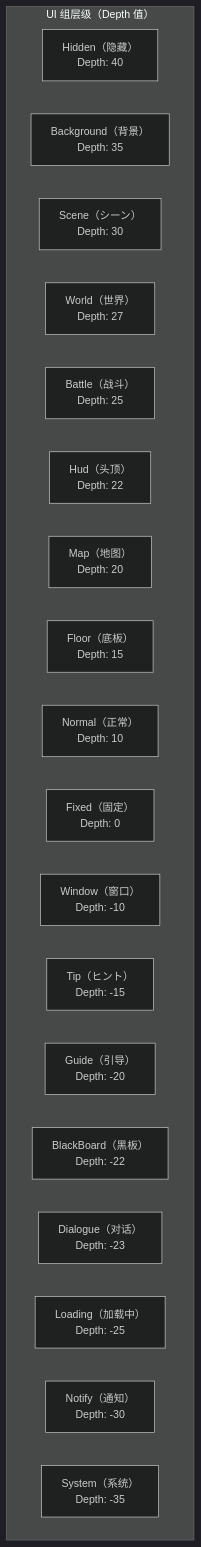
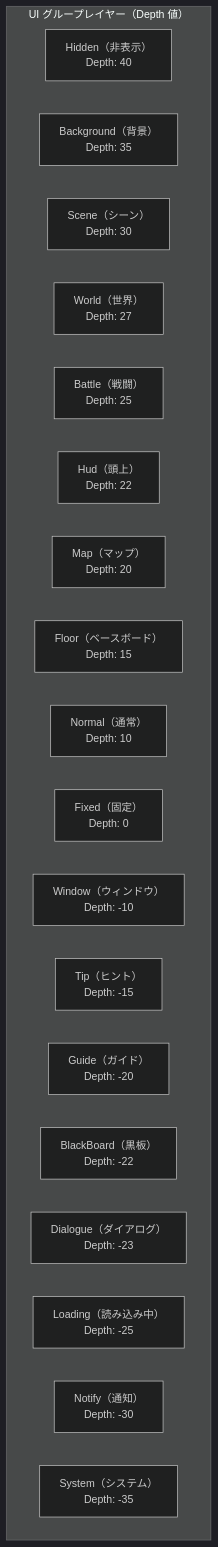
The diagram in docs/ja/client/unity/component/ui/05.ui-attributes.md (AlianBlank/GameFrameX.Docs), drawn with Mermaid (dark theme) before and after one commit. The commit also changed other lines of this file and 320 other files, not shown here.

````diff
--- a/docs/ja/client/unity/component/ui/05.ui-attributes.md
+++ b/docs/ja/client/unity/component/ui/05.ui-attributes.md
@@ -250,23 +250,23 @@
 ```mermaid
 graph TD
-    subgraph UI层级["UI 组层级（Depth 值）"]
-        A["Hidden（隐藏）<br/>Depth: 40"] 
+    subgraph UI层级["UI グループレイヤー（Depth 値）"]
+        A["Hidden（非表示）<br/>Depth: 40"]
         B["Background（背景）<br/>Depth: 35"]
         C["Scene（シーン）<br/>Depth: 30"]
         D["World（世界）<br/>Depth: 27"]
-        E["Battle（战斗）<br/>Depth: 25"]
-        F["Hud（头顶）<br/>Depth: 22"]
-        G["Map（地图）<br/>Depth: 20"]
-        H["Floor（底板）<br/>Depth: 15"]
-        I["Normal（正常）<br/>Depth: 10"]
+        E["Battle（戦闘）<br/>Depth: 25"]
+        F["Hud（頭上）<br/>Depth: 22"]
+        G["Map（マップ）<br/>Depth: 20"]
+        H["Floor（ベースボード）<br/>Depth: 15"]
+        I["Normal（通常）<br/>Depth: 10"]
         J["Fixed（固定）<br/>Depth: 0"]
-        K["Window（窗口）<br/>Depth: -10"]
+        K["Window（ウィンドウ）<br/>Depth: -10"]
         L["Tip（ヒント）<br/>Depth: -15"]
-        M["Guide（引导）<br/>Depth: -20"]
-        N["BlackBoard（黑板）<br/>Depth: -22"]
-        O["Dialogue（对话）<br/>Depth: -23"]
-        P["Loading（加载中）<br/>Depth: -25"]
+        M["Guide（ガイド）<br/>Depth: -20"]
+        N["BlackBoard（黒板）<br/>Depth: -22"]
+        O["Dialogue（ダイアログ）<br/>Depth: -23"]
+        P["Loading（読み込み中）<br/>Depth: -25"]
         Q["Notify（通知）<br/>Depth: -30"]
-        R["System（系统）<br/>Depth: -35"]
+        R["System（システム）<br/>Depth: -35"]
     end
 ```
````
